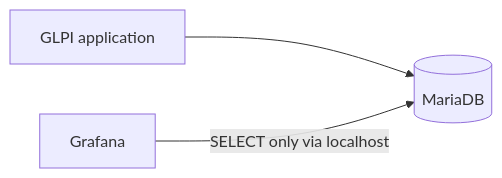
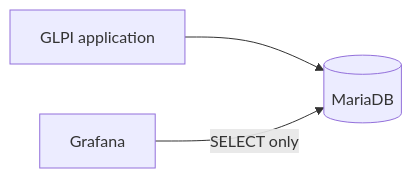
The diagram in docs/architecture.md (tsathler/glpi-grafana-dashboards), drawn with Mermaid before and after one commit. The commit also changed other lines of this file and 6 other files, not shown here.

````diff
--- a/docs/architecture.md
+++ b/docs/architecture.md
@@ -3,9 +3,9 @@
 ```mermaid
 flowchart LR
     GLPI[GLPI application]
     DB[(MariaDB)]
     Grafana[Grafana]
 
     GLPI --> DB
-    Grafana -->|SELECT only via localhost| DB
+    Grafana -->|SELECT only| DB
 ```
````
